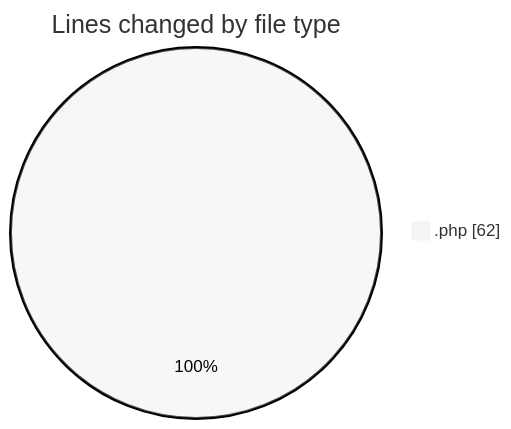
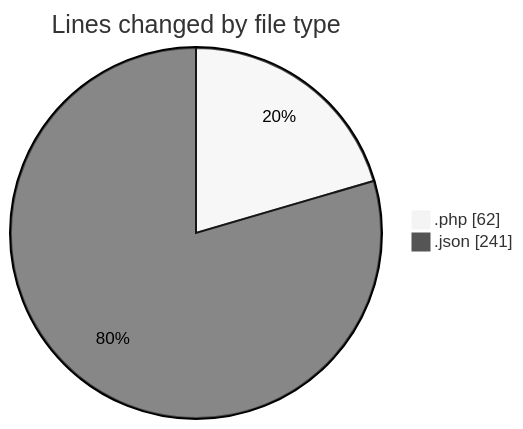
One commit to idhammustaqopulfikri/code-tracking changed the first of 2 diagrams in 2025-04-10/tugas_booking_studio/README.md. Above: the diagram before and after it, drawn with Mermaid (neutral theme). The commit also changed other lines of this file and 1 other file, not shown here.

````diff
--- a/2025-04-10/tugas_booking_studio/README.md
+++ b/2025-04-10/tugas_booking_studio/README.md
@@ -21,5 +22,6 @@
 ```mermaid
 pie showData
 title Lines changed by file type
 ".php" : 62
+".json" : 241
 ```
````
